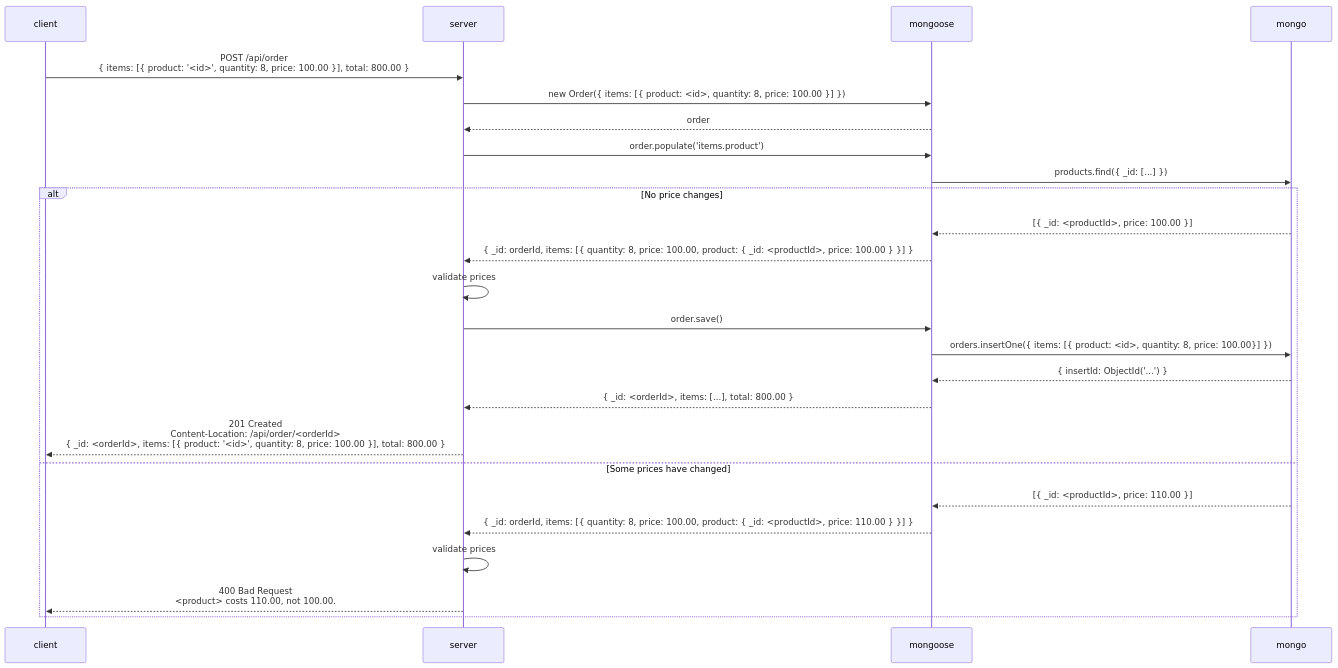
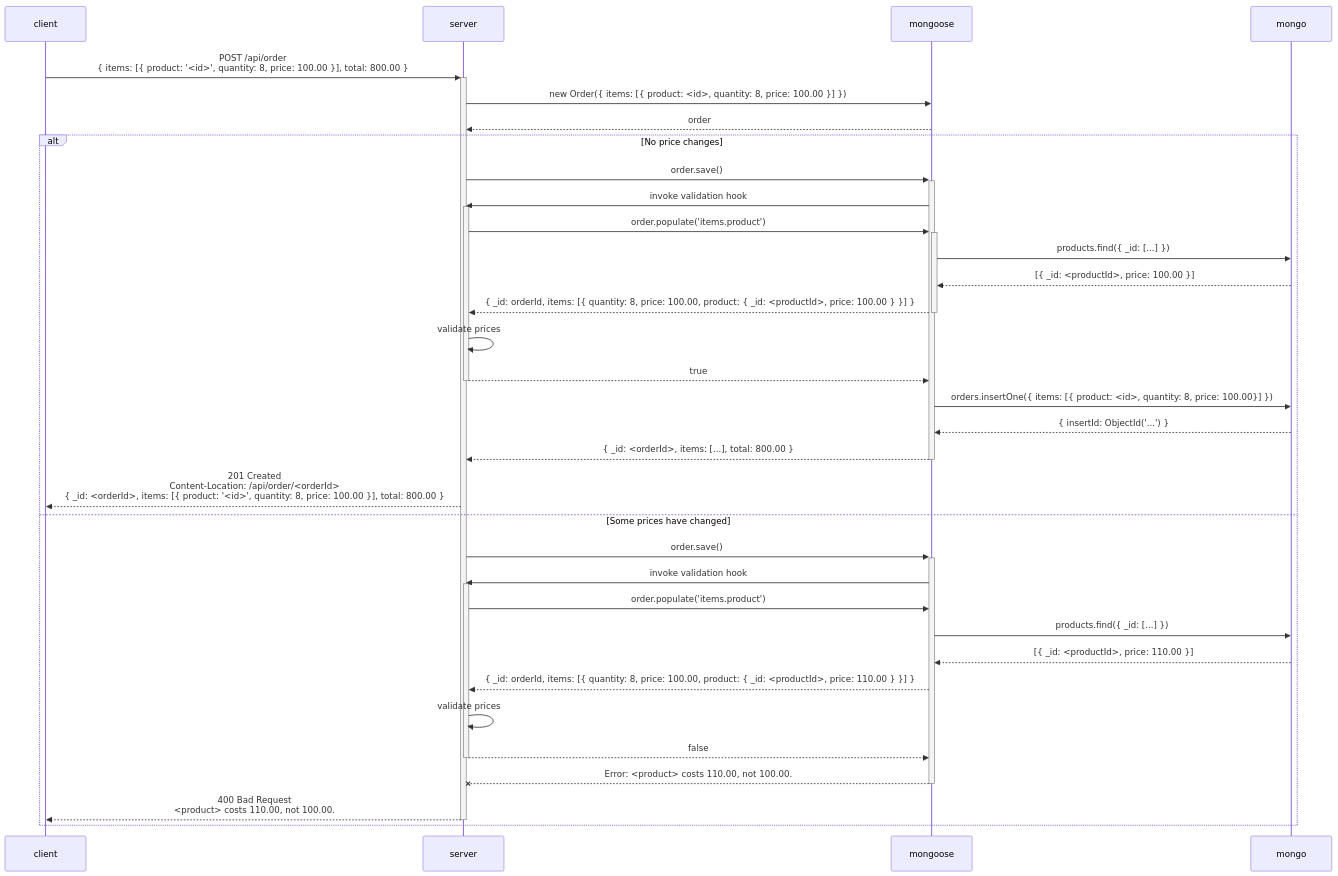
The diagram in README.md (roninbar/kwik-e-mart), drawn with Mermaid before and after one commit.

Commit message:
Add Mongoose validation flow to the sequence diagram.

````diff
--- a/README.md
+++ b/README.md
@@ -21,23 +21,31 @@
 ```mermaid
 sequenceDiagram
-client->>server: POST /api/order <br/> { items: [{ product: '<id>', quantity: 8, price: 100.00 }], total: 800.00 }
+client->>+server: POST /api/order <br/> { items: [{ product: '<id>', quantity: 8, price: 100.00 }], total: 800.00 }
 server->>mongoose: new Order({ items: [{ product: <id>, quantity: 8, price: 100.00 }] })
 mongoose-->>server: order
+alt No price changes
+server->>+mongoose: order.save()
+mongoose->>+server: invoke validation hook
+server->>+mongoose: order.populate('items.product')
+mongoose->>mongo: products.find({ _id: [...] })
+mongo-->>mongoose: [{ _id: <productId>, price: 100.00 }]
+mongoose-->>-server: { _id: orderId, items: [{ quantity: 8, price: 100.00, product: { _id: <productId>, price: 100.00 } }] }
+server->>server: validate prices
+server-->>-mongoose: true
+mongoose->>mongo: orders.insertOne({ items: [{ product: <id>, quantity: 8, price: 100.00}] })
+mongo-->>mongoose: { insertId: ObjectId('...') }
+mongoose-->>-server: { _id: <orderId>, items: [...], total: 800.00 }
+server-->>client: 201 Created <br/> Content-Location: /api/order/<orderId> <br/> { _id: <orderId>, items: [{ product: '<id>', quantity: 8, price: 100.00 }], total: 800.00 }
+else Some prices have changed
+server->>+mongoose: order.save()
+mongoose->>+server: invoke validation hook
 server->>mongoose: order.populate('items.product')
 mongoose->>mongo: products.find({ _id: [...] })
-alt No price changes
-mongo-->>mongoose: [{ _id: <productId>, price: 100.00 }]
-mongoose-->>server: { _id: orderId, items: [{ quantity: 8, price: 100.00, product: { _id: <productId>, price: 100.00 } }] }
-server->>server: validate prices
-server->>mongoose: order.save()
-mongoose->>mongo: orders.insertOne({ items: [{ product: <id>, quantity: 8, price: 100.00}] })
-mongo-->>mongoose: { insertId: ObjectId('...') }
-mongoose-->>server: { _id: <orderId>, items: [...], total: 800.00 }
-server-->>client: 201 Created <br/> Content-Location: /api/order/<orderId> <br/> { _id: <orderId>, items: [{ product: '<id>', quantity: 8, price: 100.00 }], total: 800.00 }
-else Some prices have changed
 mongo-->>mongoose: [{ _id: <productId>, price: 110.00 }]
 mongoose-->>server: { _id: orderId, items: [{ quantity: 8, price: 100.00, product: { _id: <productId>, price: 110.00 } }] }
 server->>server: validate prices
-server-->>client: 400 Bad Request <br/> <product> costs 110.00, not 100.00.
+server-->>-mongoose: false
+mongoose--x-server: Error: <product> costs 110.00, not 100.00.
+server-->>-client: 400 Bad Request <br/> <product> costs 110.00, not 100.00.
 end
 ```
````
